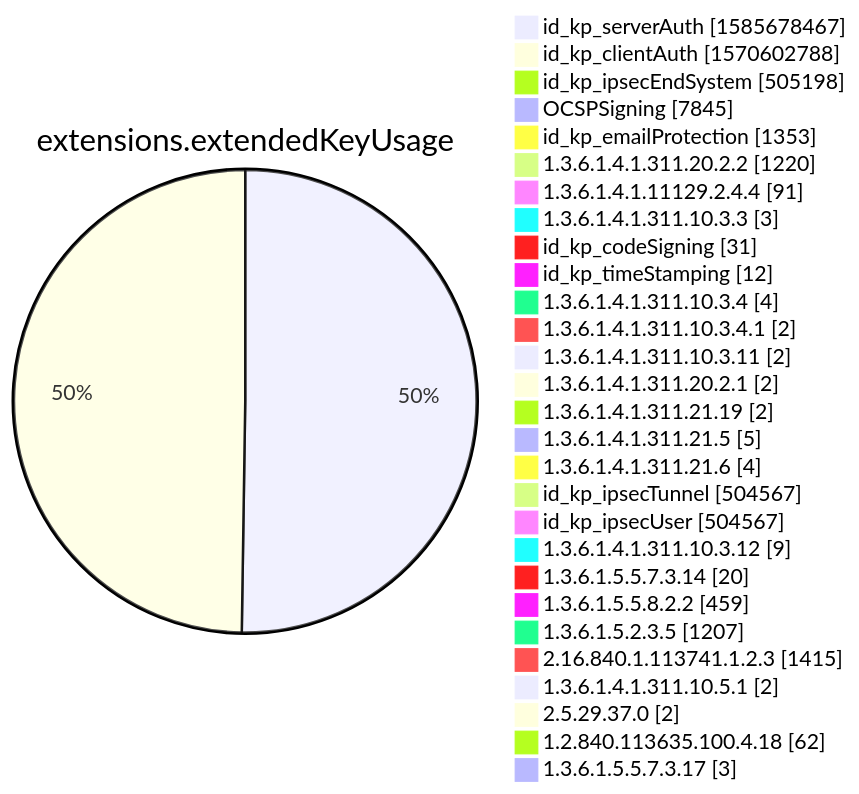
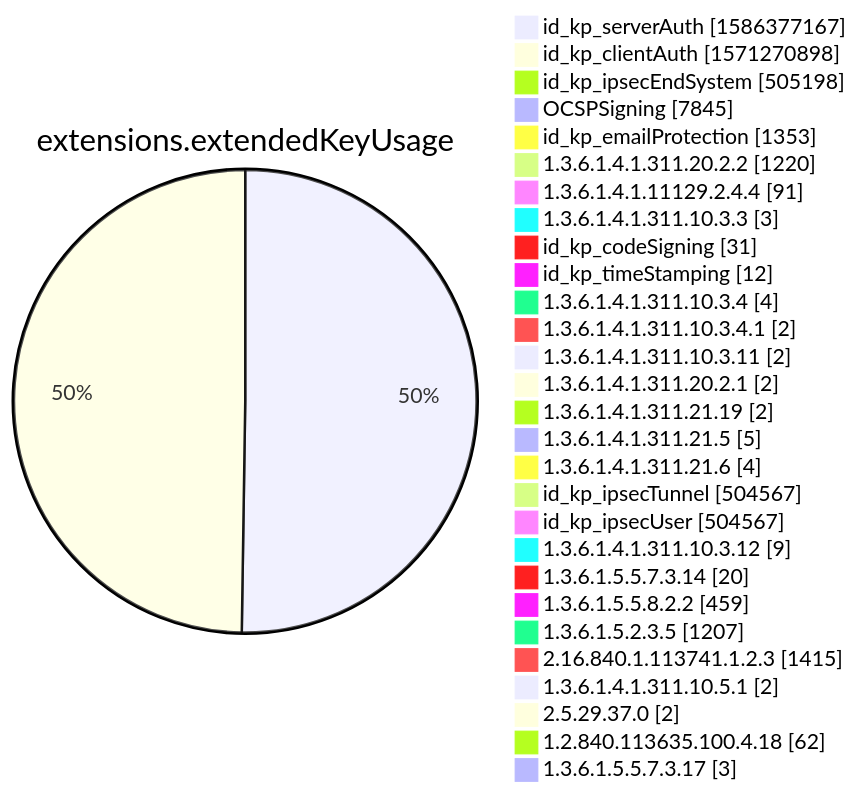
One commit to christiankrug/ctmonitor_visualization changed diagram 12 of 15 in xenon2022/README.md. Above: the diagram before and after it, drawn with Mermaid. The commit also changed other lines of this file, not shown here.

````diff
--- a/xenon2022/README.md
+++ b/xenon2022/README.md
@@ -3884,32 +3884,32 @@
 ```mermaid
 pie showData
 title extensions.extendedKeyUsage
-"id_kp_serverAuth" :1585678467
-"id_kp_clientAuth" :1570602788
+"id_kp_serverAuth" :1586377167
+"id_kp_clientAuth" :1571270898
 "id_kp_ipsecEndSystem" :505198
 "OCSPSigning" :7845
 "id_kp_emailProtection" :1353
 "1.3.6.1.4.1.311.20.2.2" :1220
 "1.3.6.1.4.1.11129.2.4.4" :91
 "1.3.6.1.4.1.311.10.3.3" :3
 "id_kp_codeSigning" :31
 "id_kp_timeStamping" :12
 "1.3.6.1.4.1.311.10.3.4" :4
 "1.3.6.1.4.1.311.10.3.4.1" :2
 "1.3.6.1.4.1.311.10.3.11" :2
 "1.3.6.1.4.1.311.20.2.1" :2
 "1.3.6.1.4.1.311.21.19" :2
 "1.3.6.1.4.1.311.21.5" :5
 "1.3.6.1.4.1.311.21.6" :4
 "id_kp_ipsecTunnel" :504567
 "id_kp_ipsecUser" :504567
 "1.3.6.1.4.1.311.10.3.12" :9
 "1.3.6.1.5.5.7.3.14" :20
 "1.3.6.1.5.5.8.2.2" :459
 "1.3.6.1.5.2.3.5" :1207
 "2.16.840.1.113741.1.2.3" :1415
 "1.3.6.1.4.1.311.10.5.1" :2
 "2.5.29.37.0" :2
 "1.2.840.113635.100.4.18" :62
 "1.3.6.1.5.5.7.3.17" :3
 ```
````
